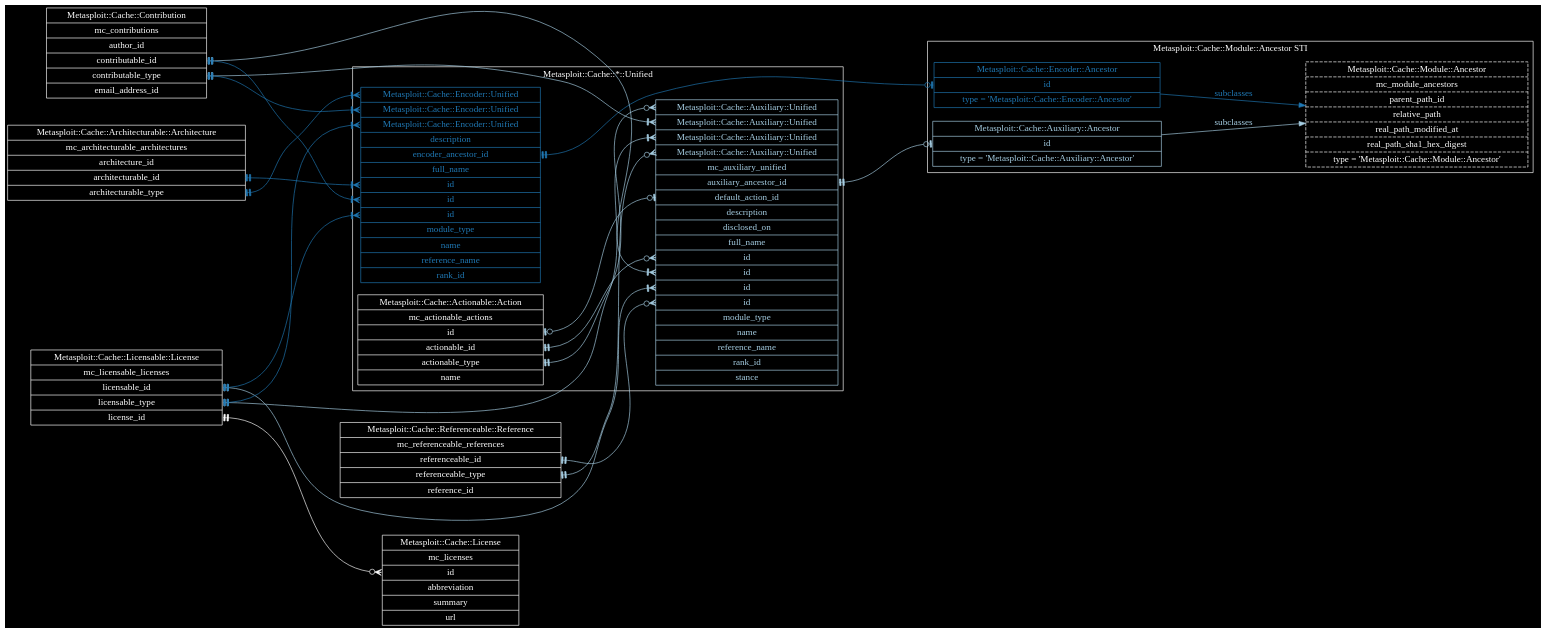
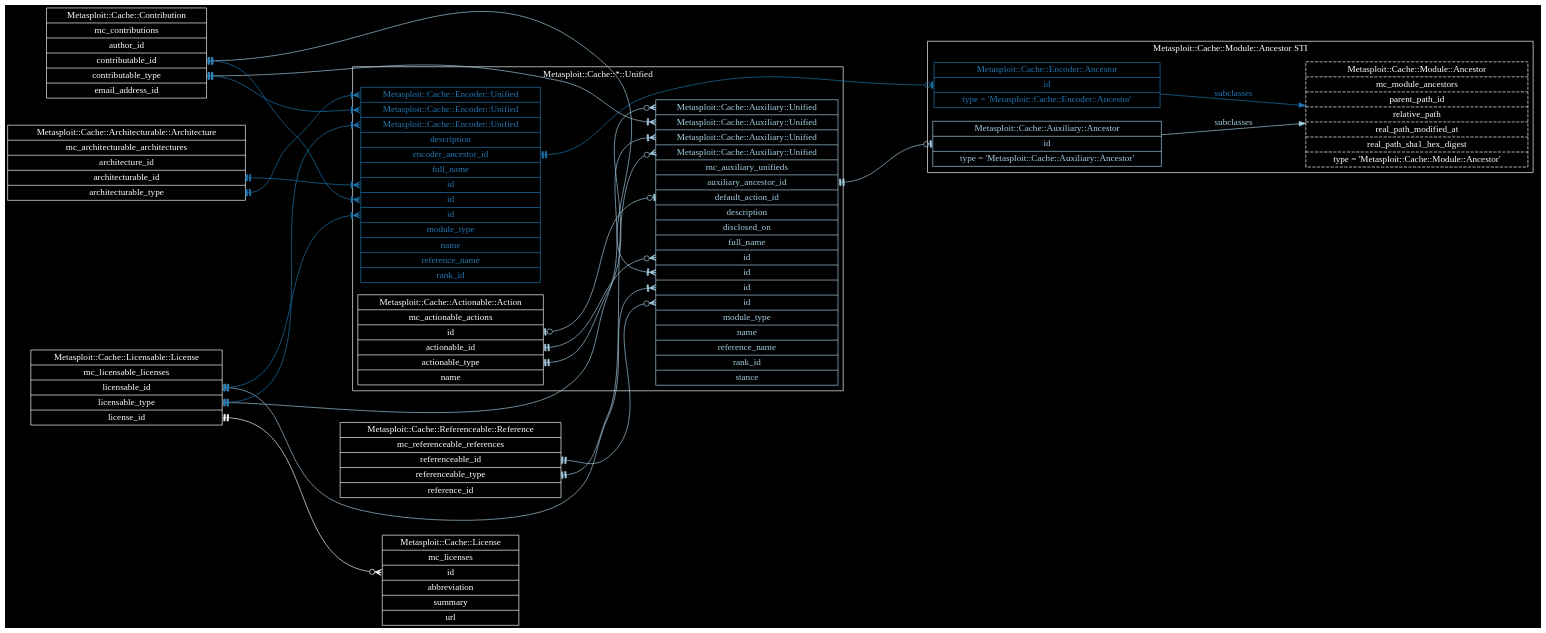
Before and after one commit to rapid7/metasploit-cache: the diagram in docs/metasploit-cache-read-model.dot, drawn with Graphviz.

Commit message:
Fix pluralize of table name
MSP-12192

```diff
--- a/docs/metasploit-cache-read-model.dot
+++ b/docs/metasploit-cache-read-model.dot
@@ -185,7 +185,7 @@
     "Metasploit::Cache::Auxiliary::Unified" [
       color = "/paired9/1"
       fontcolor = "/paired9/1"
-      label = "<type_for_actionable_type>Metasploit::Cache::Auxiliary::Unified | <type_for_contributable_type>Metasploit::Cache::Auxiliary::Unified | <type_for_licensable_type>Metasploit::Cache::Auxiliary::Unified | <type_for_referenceable_type>Metasploit::Cache::Auxiliary::Unified | mc_auxiliary_unified | <auxiliary_ancestor_id>auxiliary_ancestor_id | <default_action_id>default_action_id | description | disclosed_on | full_name | <id_for_actionable_id>id | <id_for_contributable_id>id | <id_for_licensable_id>id | <id_for_referenceable_id>id | module_type | name | reference_name | rank_id | stance"
+      label = "<type_for_actionable_type>Metasploit::Cache::Auxiliary::Unified | <type_for_contributable_type>Metasploit::Cache::Auxiliary::Unified | <type_for_licensable_type>Metasploit::Cache::Auxiliary::Unified | <type_for_referenceable_type>Metasploit::Cache::Auxiliary::Unified | mc_auxiliary_unifieds | <auxiliary_ancestor_id>auxiliary_ancestor_id | <default_action_id>default_action_id | description | disclosed_on | full_name | <id_for_actionable_id>id | <id_for_contributable_id>id | <id_for_licensable_id>id | <id_for_referenceable_id>id | module_type | name | reference_name | rank_id | stance"
     ]
 
     "Metasploit::Cache::Auxiliary::Unified":auxiliary_ancestor_id -> "Metasploit::Cache::Auxiliary::Ancestor":id [
```
